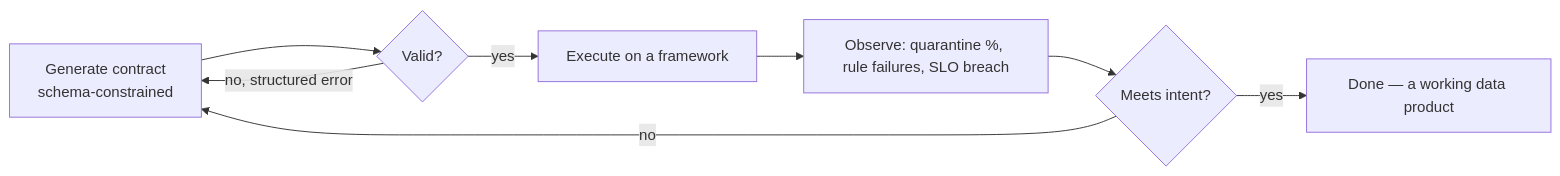
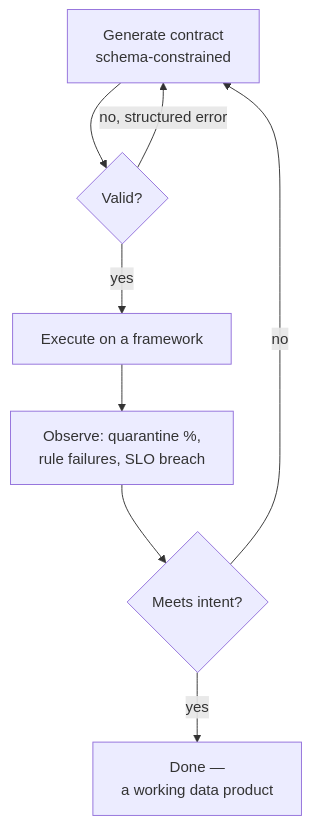
One commit to LakeLogic/open-lakehouse-contract changed the diagram in docs/concepts/agent-native.md. Above: the diagram before and after it, drawn with Mermaid. The commit also changed 114 other files, not shown here.

````diff
--- a/docs/concepts/agent-native.md
+++ b/docs/concepts/agent-native.md
@@ -18,10 +18,10 @@
 ```mermaid
-flowchart LR
+flowchart TD
     G[Generate contract<br/>schema-constrained] --> V{Valid?}
     V -- no, structured error --> G
     V -- yes --> X[Execute on a framework]
-    X --> O[Observe: quarantine %, rule failures, SLO breach]
+    X --> O["Observe: quarantine %,<br/>rule failures, SLO breach"]
     O --> R{Meets intent?}
     R -- no --> G
-    R -- yes --> D[Done — a working data product]
+    R -- yes --> D["Done —<br/>a working data product"]
 ```
````
